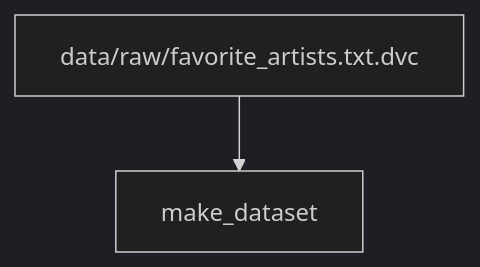
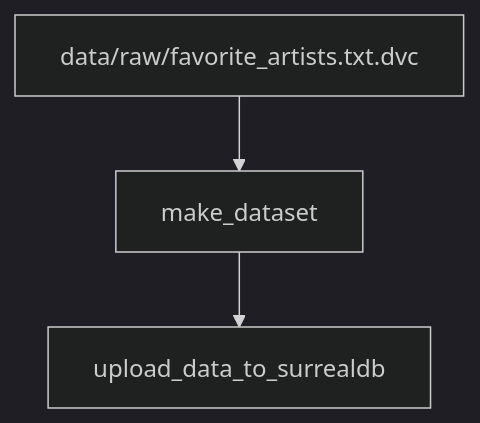
The diagram in PIPELINE.md (u-masao/spotify-api-examples), drawn with Mermaid (dark theme) before and after one commit.

Commit message:
update dvc pipeline

````diff
--- a/PIPELINE.md
+++ b/PIPELINE.md
@@ -1,6 +1,8 @@
 ```mermaid
 flowchart TD
 	node1["data/raw/favorite_artists.txt.dvc"]
 	node2["make_dataset"]
+	node3["upload_data_to_surrealdb"]
 	node1-->node2
+	node2-->node3
 ```
````
